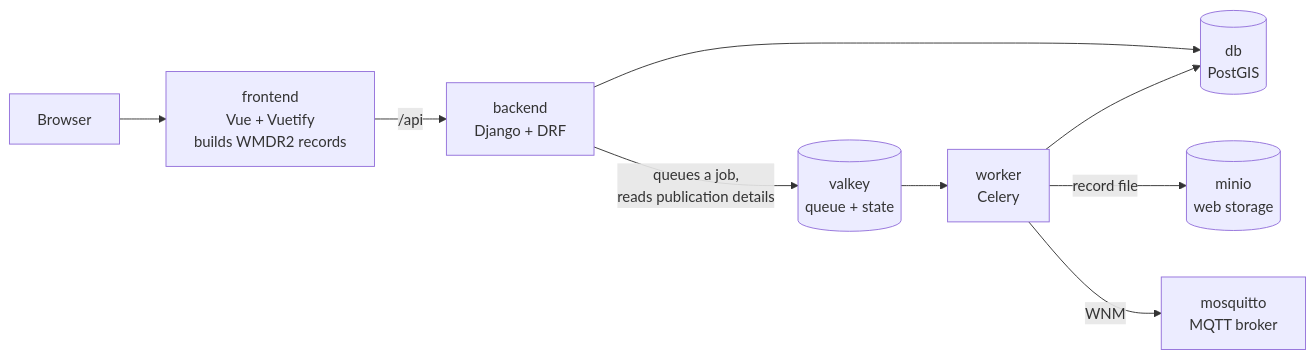
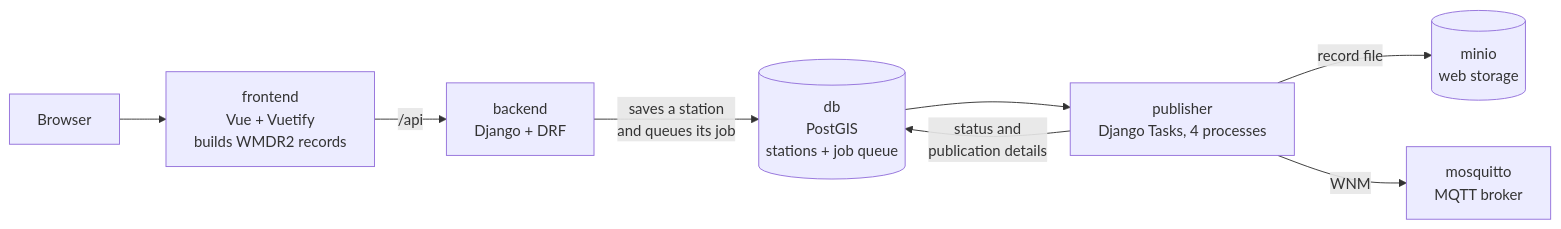
One commit to World-Meteorological-Organization/wigos-node-poc changed the diagram in README.md. Above: the diagram before and after it, drawn with Mermaid. The commit also changed other lines of this file and 32 other files, not shown here.

````diff
--- a/README.md
+++ b/README.md
@@ -19,11 +19,10 @@
 ```mermaid
 flowchart LR
     browser[Browser] --> frontend["frontend<br>Vue + Vuetify<br>builds WMDR2 records"]
     frontend -- /api --> backend["backend<br>Django + DRF"]
-    backend --> db[("db<br>PostGIS")]
-    backend -- "queues a job,<br>reads publication details" --> valkey[("valkey<br>queue + state")]
-    valkey --> worker["worker<br>Celery"]
-    worker --> db
-    worker -- record file --> minio[("minio<br>web storage")]
-    worker -- WNM --> mosquitto["mosquitto<br>MQTT broker"]
+    backend -- "saves a station<br>and queues its job" --> db[("db<br>PostGIS<br>stations + job queue")]
+    db --> publisher["publisher<br>Django Tasks, 4 processes"]
+    publisher -- "status and<br>publication details" --> db
+    publisher -- record file --> minio[("minio<br>web storage")]
+    publisher -- WNM --> mosquitto["mosquitto<br>MQTT broker"]
 ```
````
